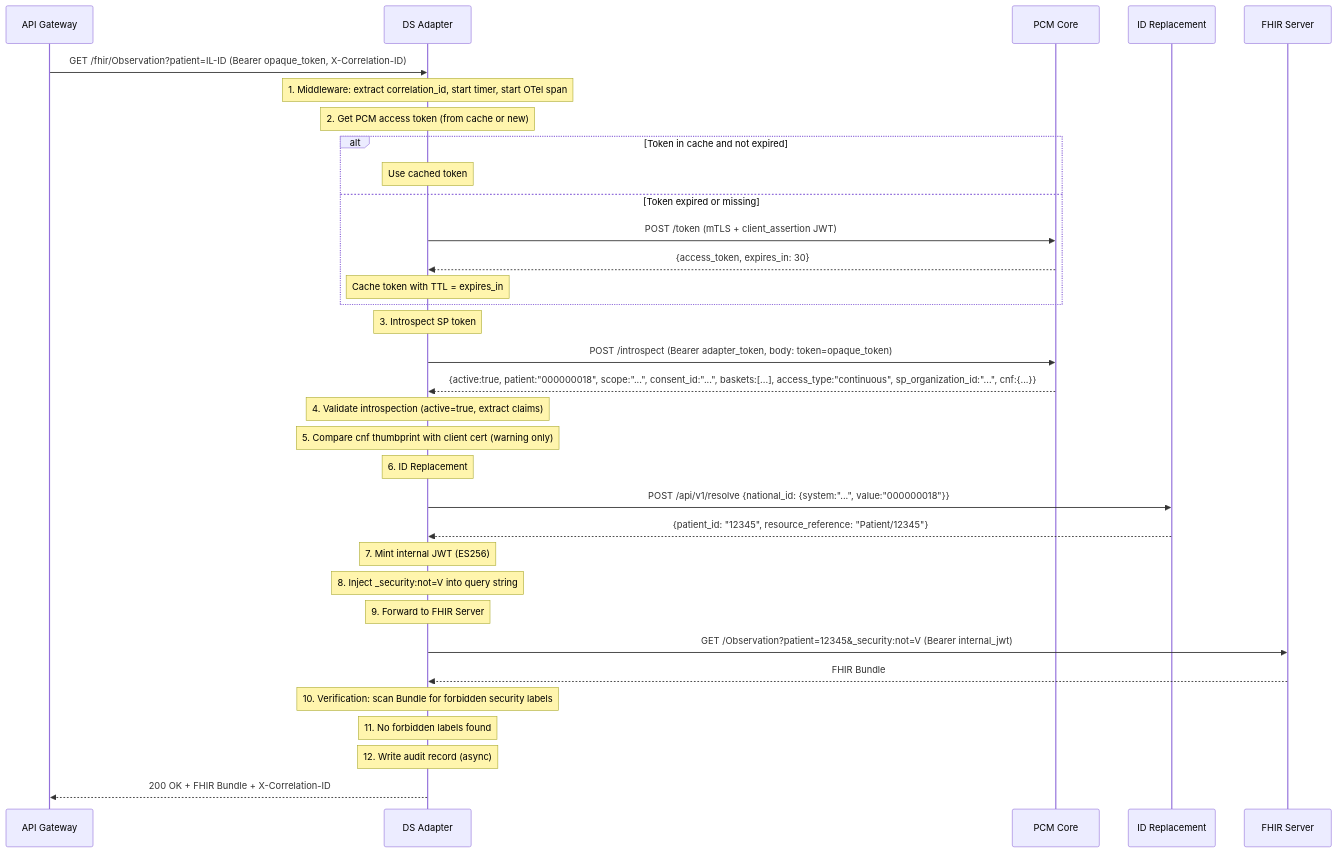
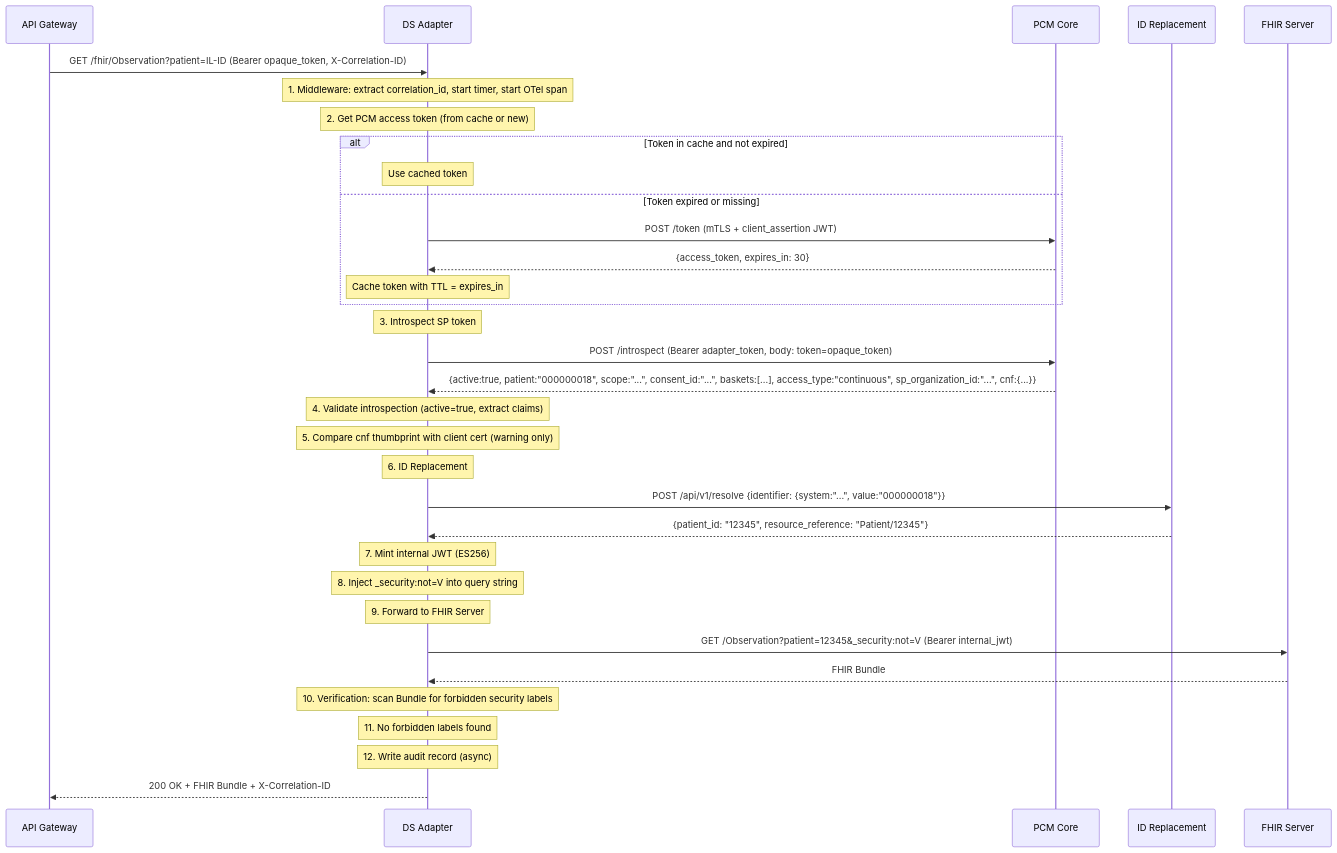
One commit to 8400TheHealthNetwork/PCM-Connect changed the second of 6 diagrams in Connectathon-docs/design-python.md. Above: the diagram before and after it, drawn with Mermaid. The commit also changed other lines of this file and 23 other files, not shown here.

````diff
--- a/Connectathon-docs/design-python.md
+++ b/Connectathon-docs/design-python.md
@@ -45,45 +45,45 @@
 ```mermaid
 sequenceDiagram
     participant GW as API Gateway
     participant AD as DS Adapter
     participant PCM as PCM Core
     participant IDS as ID Replacement
     participant FHIR as FHIR Server
 
     GW->>AD: GET /fhir/Observation?patient=IL-ID (Bearer opaque_token, X-Correlation-ID)
     
     Note over AD: 1. Middleware: extract correlation_id, start timer, start OTel span
 
     Note over AD: 2. Get PCM access token (from cache or new)
     alt Token in cache and not expired
         Note over AD: Use cached token
     else Token expired or missing
         AD->>PCM: POST /token (mTLS + client_assertion JWT)
         PCM-->>AD: {access_token, expires_in: 30}
         Note over AD: Cache token with TTL = expires_in
     end
 
     Note over AD: 3. Introspect SP token
     AD->>PCM: POST /introspect (Bearer adapter_token, body: token=opaque_token)
     PCM-->>AD: {active:true, patient:"000000018", scope:"...", consent_id:"...", baskets:[...], access_type:"continuous", sp_organization_id:"...", cnf:{...}}
 
     Note over AD: 4. Validate introspection (active=true, extract claims)
     Note over AD: 5. Compare cnf thumbprint with client cert (warning only)
 
     Note over AD: 6. ID Replacement
-    AD->>IDS: POST /api/v1/resolve {national_id: {system:"...", value:"000000018"}}
+    AD->>IDS: POST /api/v1/resolve {identifier: {system:"...", value:"000000018"}}
     IDS-->>AD: {patient_id: "12345", resource_reference: "Patient/12345"}
 
     Note over AD: 7. Mint internal JWT (ES256)
     Note over AD: 8. Inject _security:not=V into query string
 
     Note over AD: 9. Forward to FHIR Server
     AD->>FHIR: GET /Observation?patient=12345&_security:not=V (Bearer internal_jwt)
     FHIR-->>AD: FHIR Bundle
 
     Note over AD: 10. Verification: scan Bundle for forbidden security labels
     Note over AD: 11. No forbidden labels found
 
     Note over AD: 12. Write audit record (async)
     AD-->>GW: 200 OK + FHIR Bundle + X-Correlation-ID
 ```
````
